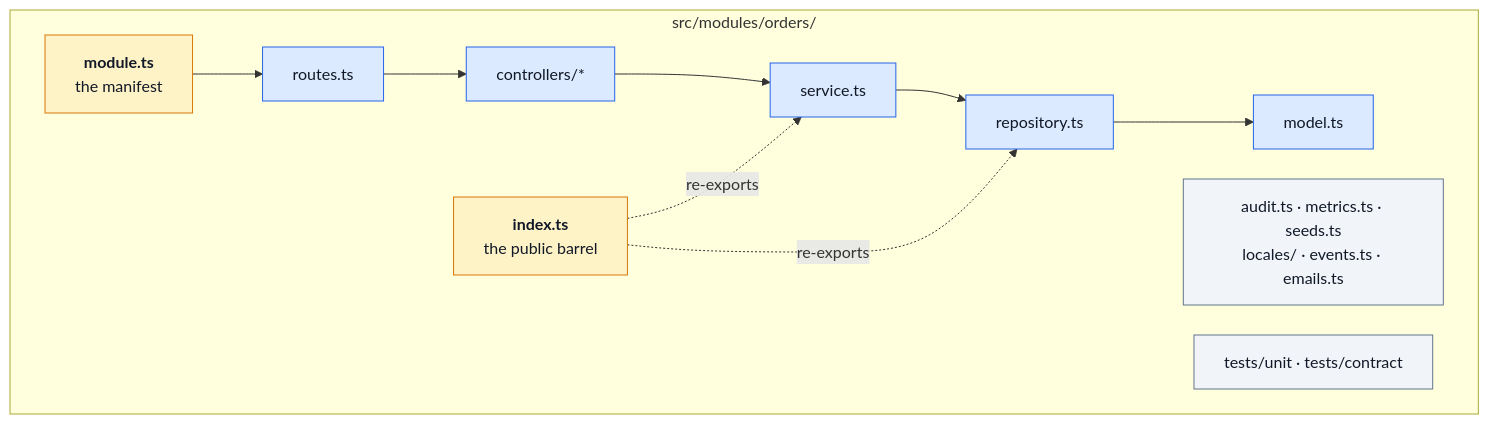
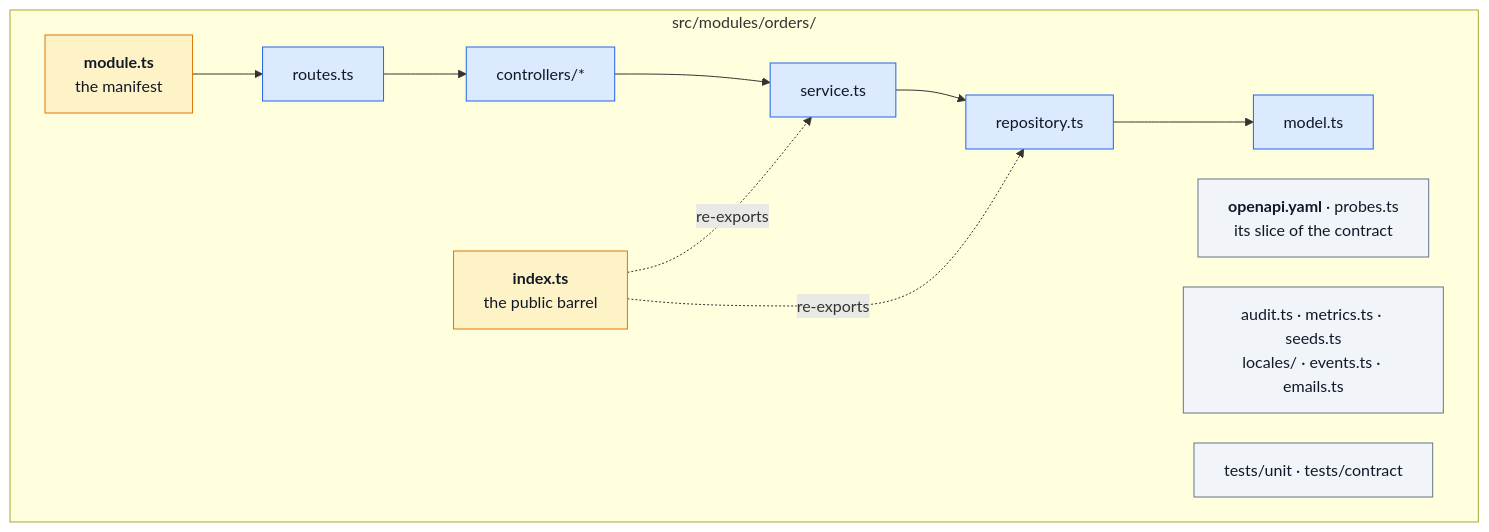
One commit to Guebbit/boilerplate-node-backend changed the fourth of 8 diagrams in docs/theory/modules.md. Above: the diagram before and after it, drawn with Mermaid. The commit also changed other lines of this file and 40 other files, not shown here.

````diff
--- a/docs/theory/modules.md
+++ b/docs/theory/modules.md
@@ -223,30 +232,31 @@
 ```mermaid
 %%{init: {'flowchart': {'nodeSpacing': 30, 'rankSpacing': 45}}}%%
 flowchart TD
     subgraph MOD["src/modules/orders/"]
         IDX["<b>index.ts</b><br/>the public barrel"]
         MAN["<b>module.ts</b><br/>the manifest"]
         RT["routes.ts"]
         CT["controllers/*"]
         SV["service.ts"]
         RP["repository.ts"]
         MD["model.ts"]
+        CN["<b>openapi.yaml</b> · probes.ts<br/>its slice of the contract"]
         EX["audit.ts · metrics.ts · seeds.ts<br/>locales/ · events.ts · emails.ts"]
         TS["tests/unit · tests/contract"]
     end
 
     MAN --> RT
     RT --> CT
     CT --> SV
     SV --> RP
     RP --> MD
     IDX -.->|re-exports| SV
     IDX -.->|re-exports| RP
 
     classDef front fill:#fef3c7,stroke:#d97706,color:#111827;
     classDef layer fill:#dbeafe,stroke:#2563eb,color:#111827;
     classDef side fill:#f1f5f9,stroke:#64748b,color:#111827;
     class IDX,MAN front;
     class RT,CT,SV,RP,MD layer;
-    class EX,TS side;
+    class CN,EX,TS side;
 ```
````
